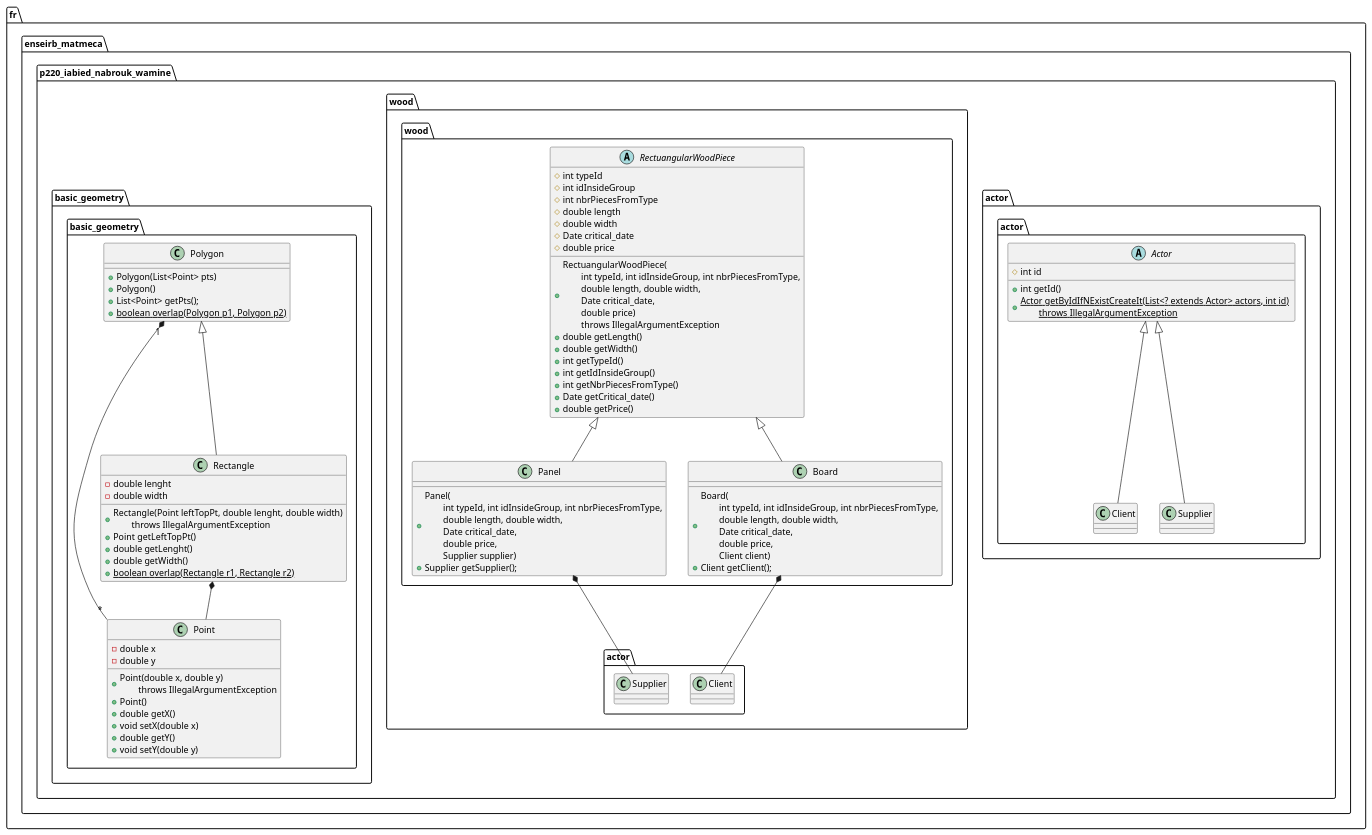
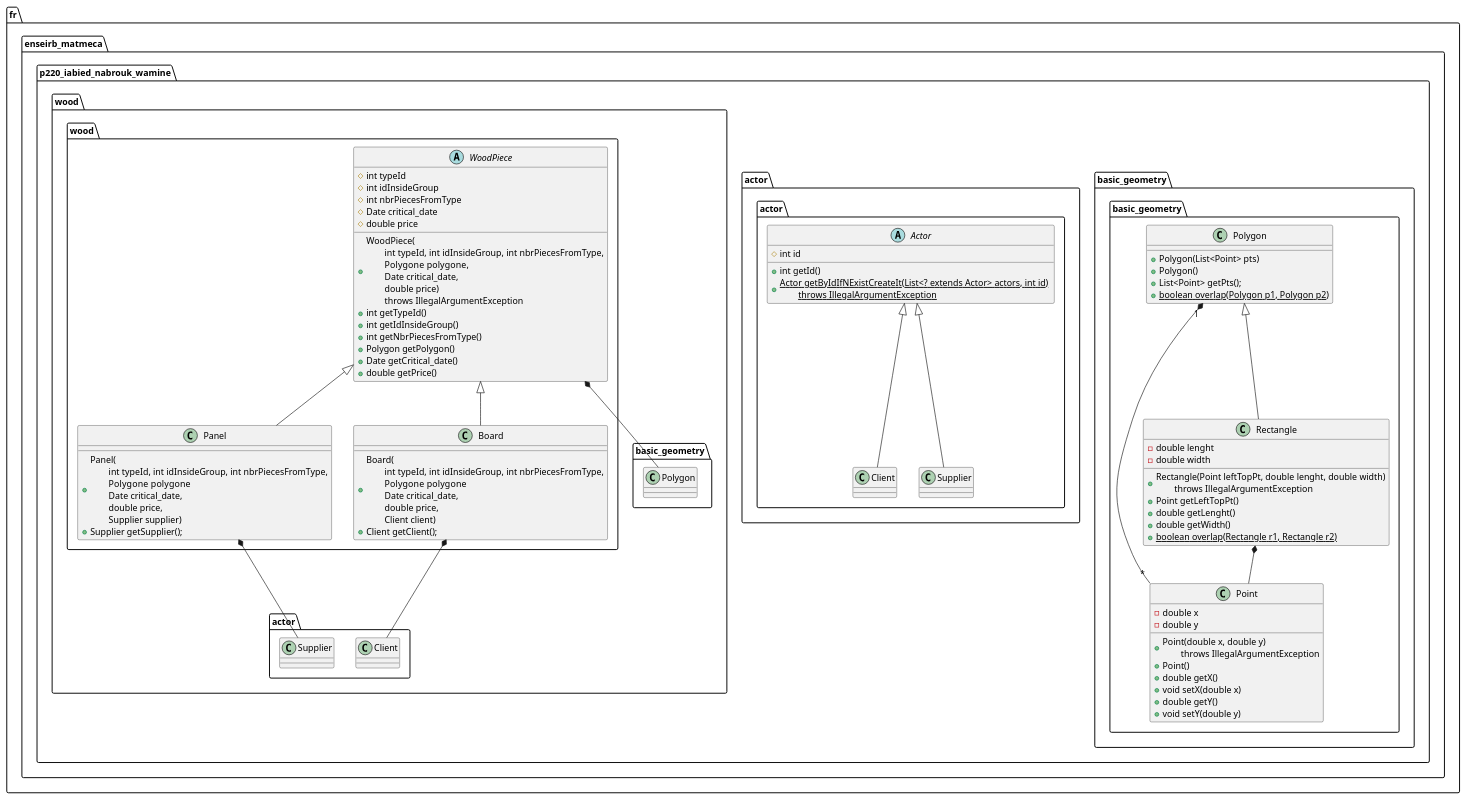
Before and after one commit to ImadABID/WoodCutPlanner: the diagram in uml.wsd, drawn with PlantUML. The commit also changed 3 other files, not shown here.

Commit message:
WoodPiece delegates dimentions to Polygon

```diff
--- a/uml.wsd
+++ b/uml.wsd
@@ -1,113 +1,111 @@
 @startuml uml
 
 package "fr.enseirb_matmeca.p220_iabied_nabrouk_wamine"{
-
-    package "actor"{
-
-        abstract class actor.Actor{
-            # int id
-
-            + int getId()
-            + {static} Actor getByIdIfNExistCreateIt(List<? extends Actor> actors, int id) \n\tthrows IllegalArgumentException
-        }
-
-        class actor.Client{
-
-        }
-
-        class actor.Supplier{
-            
-        }
-
-        actor.Actor <|-- actor.Client
-        actor.Actor <|-- actor.Supplier
-
-    }
-
-    package "wood"{
-
-        abstract class wood.RectuangularWoodPiece {
-
-            # int typeId
-            # int idInsideGroup
-            # int nbrPiecesFromType
-            # double length
-            # double width
-            # Date critical_date
-            # double price
-
-            + RectuangularWoodPiece(\n\tint typeId, int idInsideGroup, int nbrPiecesFromType,\n\tdouble length, double width,\n\tDate critical_date,\n\tdouble price)\n\tthrows IllegalArgumentException
-            + double getLength()
-            + double getWidth()
-            + int getTypeId()
-            + int getIdInsideGroup()
-            + int getNbrPiecesFromType()
-            + Date getCritical_date()
-            + double getPrice()
-
-        }
-
-        class wood.Panel {
-            + Panel(\n\tint typeId, int idInsideGroup, int nbrPiecesFromType,\n\tdouble length, double width,\n\tDate critical_date,\n\tdouble price,\n\tSupplier supplier)
-            + Supplier getSupplier();
-        }
-        wood.Panel *-- actor.Supplier
-
-        class wood.Board {
-            + Board(\n\tint typeId, int idInsideGroup, int nbrPiecesFromType,\n\tdouble length, double width,\n\tDate critical_date,\n\tdouble price,\n\tClient client)
-            + Client getClient();
-        }
-        wood.Board *-- actor.Client
-
-        wood.RectuangularWoodPiece <|-- wood.Panel
-        wood.RectuangularWoodPiece <|-- wood.Board
-
-    }
 
     package "basic_geometry"{
 
         class basic_geometry.Point {
 
             - double x
             - double y
 
             + Point(double x, double y)\n\tthrows IllegalArgumentException
             + Point()
             + double getX()
             + void setX(double x)
             + double getY()
             + void setY(double y)
 
         }
 
         class basic_geometry.Polygon {
 
             + Polygon(List<Point> pts)
             + Polygon()
             + List<Point> getPts();
             + {static} boolean overlap(Polygon p1, Polygon p2)
 
         }
         basic_geometry.Polygon "1" *-- "*" basic_geometry.Point
 
         class basic_geometry.Rectangle {
 
             - double lenght
             - double width
             
             + Rectangle(Point leftTopPt, double lenght, double width)\n\tthrows IllegalArgumentException
             + Point getLeftTopPt()
             + double getLenght()
             + double getWidth()
             + {static} boolean overlap(Rectangle r1, Rectangle r2)
         }
         basic_geometry.Rectangle *-- basic_geometry.Point
 
         basic_geometry.Polygon <|-- basic_geometry.Rectangle
 
     }
 
+    package "actor"{
+
+        abstract class actor.Actor{
+            # int id
+
+            + int getId()
+            + {static} Actor getByIdIfNExistCreateIt(List<? extends Actor> actors, int id) \n\tthrows IllegalArgumentException
+        }
+
+        class actor.Client{
+
+        }
+
+        class actor.Supplier{
+            
+        }
+
+        actor.Actor <|-- actor.Client
+        actor.Actor <|-- actor.Supplier
+
+    }
+
+    package "wood"{
+
+        abstract class wood.WoodPiece {
+
+            # int typeId
+            # int idInsideGroup
+            # int nbrPiecesFromType
+            # Date critical_date
+            # double price
+
+            + WoodPiece(\n\tint typeId, int idInsideGroup, int nbrPiecesFromType,\n\tPolygone  polygone,\n\tDate critical_date,\n\tdouble price)\n\tthrows IllegalArgumentException
+            + int getTypeId()
+            + int getIdInsideGroup()
+            + int getNbrPiecesFromType()
+            + Polygon getPolygon()
+            + Date getCritical_date()
+            + double getPrice()
+
+        }
+        wood.WoodPiece *-- basic_geometry.Polygon
+
+        class wood.Panel {
+            + Panel(\n\tint typeId, int idInsideGroup, int nbrPiecesFromType,\n\tPolygone  polygone\n\tDate critical_date,\n\tdouble price,\n\tSupplier supplier)
+            + Supplier getSupplier();
+        }
+        wood.Panel *-- actor.Supplier
+
+        class wood.Board {
+            + Board(\n\tint typeId, int idInsideGroup, int nbrPiecesFromType,\n\tPolygone  polygone\n\tDate critical_date,\n\tdouble price,\n\tClient client)
+            + Client getClient();
+        }
+        wood.Board *-- actor.Client
+
+        wood.WoodPiece <|-- wood.Panel
+        wood.WoodPiece <|-- wood.Board
+
+    }
+
 }
 
 
 @enduml
```
